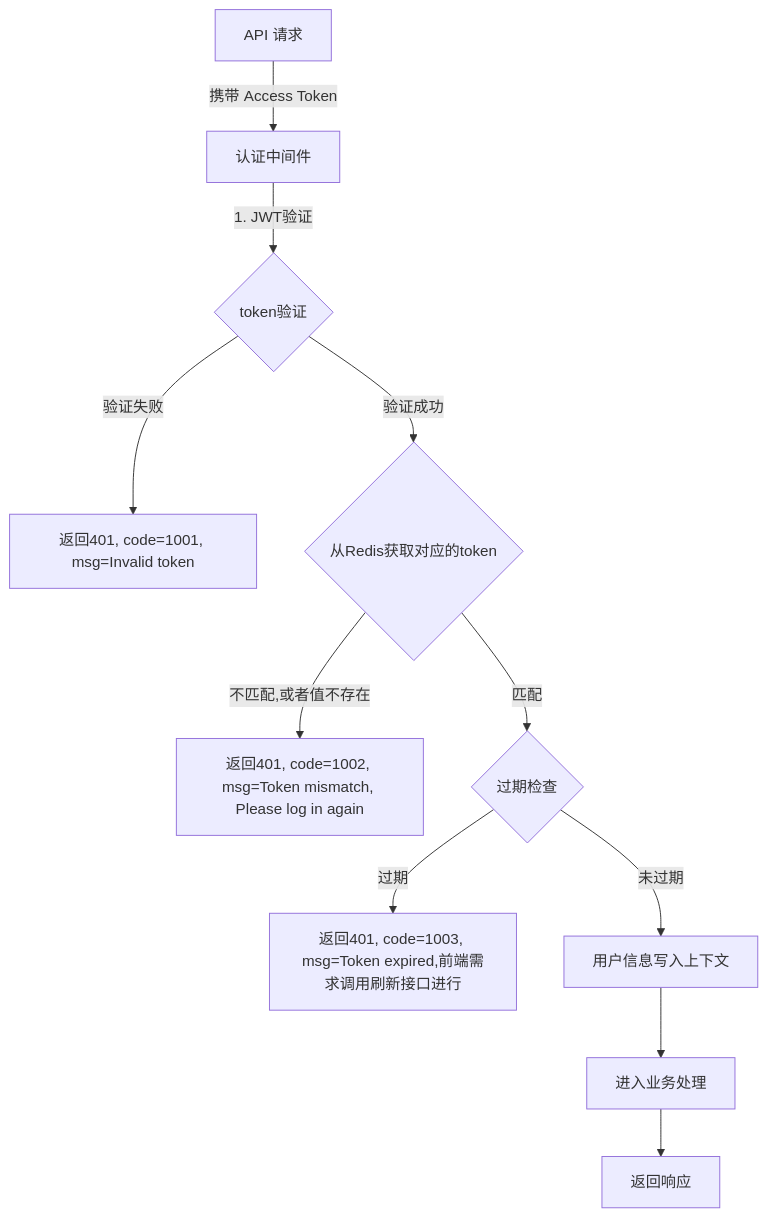
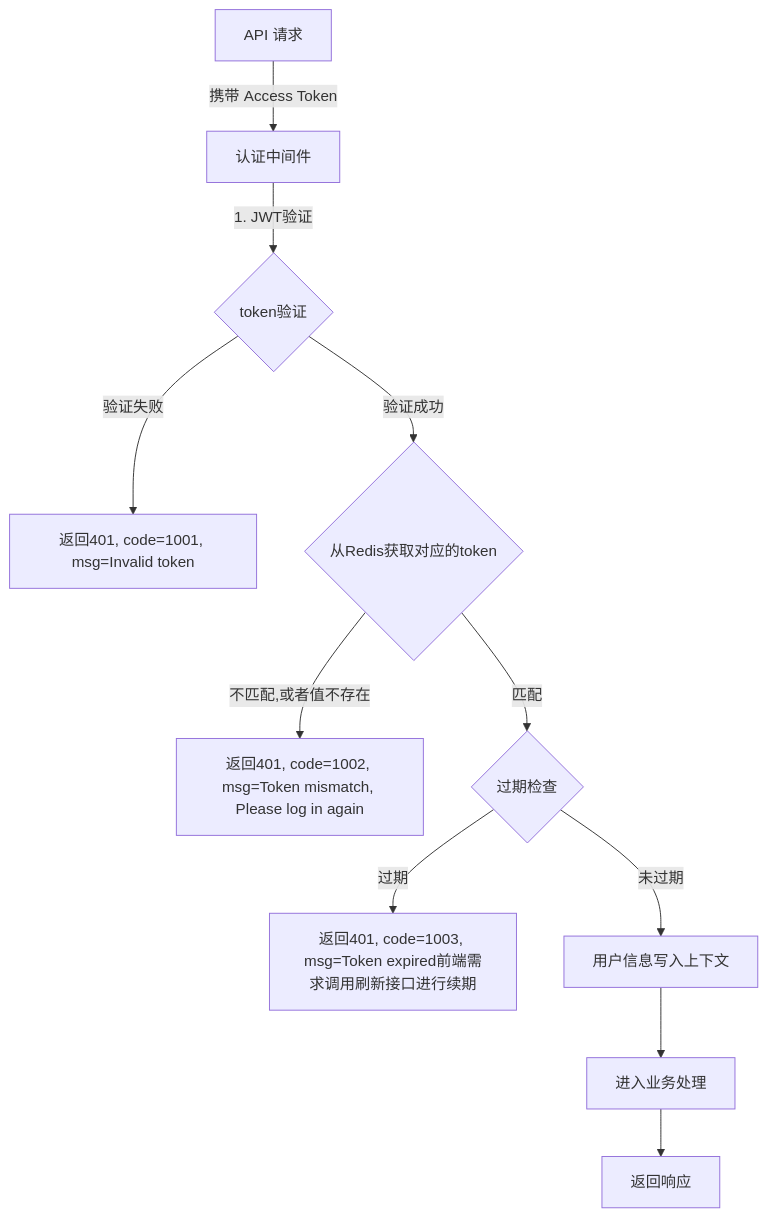
Before and after one commit to yingjianzh/iodraw-files: the diagram in all/未命名-16.md, drawn with Mermaid.

Commit message:
2025-01-08 14:58:55 update

````diff
--- a/all/未命名-16.md
+++ b/all/未命名-16.md
@@ -1,17 +1,17 @@
 ```mermaid
 
 flowchart TD
     A[API 请求] -->|携带 Access Token| B[认证中间件]
     B -->|1. JWT验证| C{token验证}
     C -->|验证失败| D[返回401, code=1001, msg=Invalid token]
     C -->|验证成功| I{从Redis获取对应的token}
     
     I -->|不匹配,或者值不存在| J[返回401, code=1002, msg=Token mismatch, Please log in again]
     I -->|匹配| F{过期检查}
     
-    F -->|过期| E[返回401, code=1003, msg=Token expired,前端需求调用刷新接口进行]
+    F -->|过期| E[返回401, code=1003, msg=Token expired前端需求调用刷新接口进行续期]
     F -->|未过期| K[用户信息写入上下文]
     K --> L[进入业务处理]
     L --> N[返回响应]
 
 ```
````
